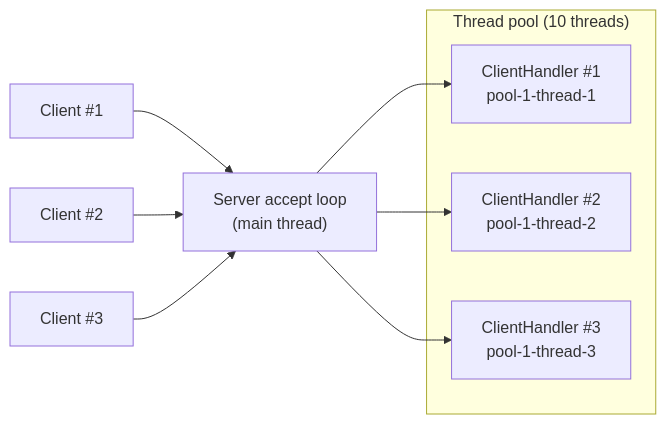
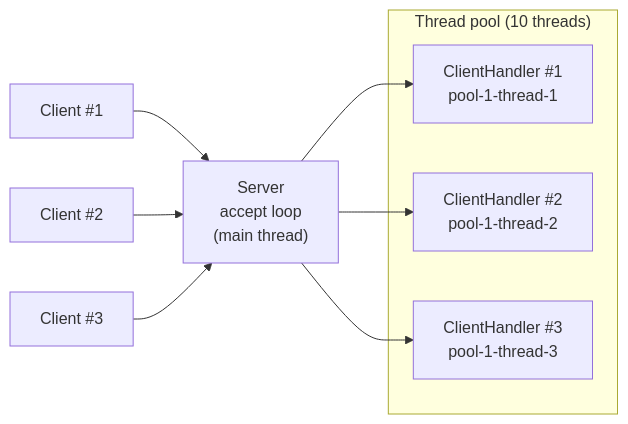
The diagram in README.md (strahinjadzunic/multithreaded-socket-server), drawn with Mermaid before and after one commit.

Commit message:
Fix clipped label in diagram

````diff
--- a/README.md
+++ b/README.md
@@ -28,15 +28,15 @@
 ```mermaid
 flowchart LR
     C1["Client #1"] --> A
     C2["Client #2"] --> A
     C3["Client #3"] --> A
-    A["Server accept loop<br>(main thread)"]
+    A["Server<br>accept loop<br>(main thread)"]
     subgraph pool["Thread pool (10 threads)"]
         H1["ClientHandler #1<br>pool-1-thread-1"]
         H2["ClientHandler #2<br>pool-1-thread-2"]
         H3["ClientHandler #3<br>pool-1-thread-3"]
     end
     A --> H1
     A --> H2
     A --> H3
 ```
````
